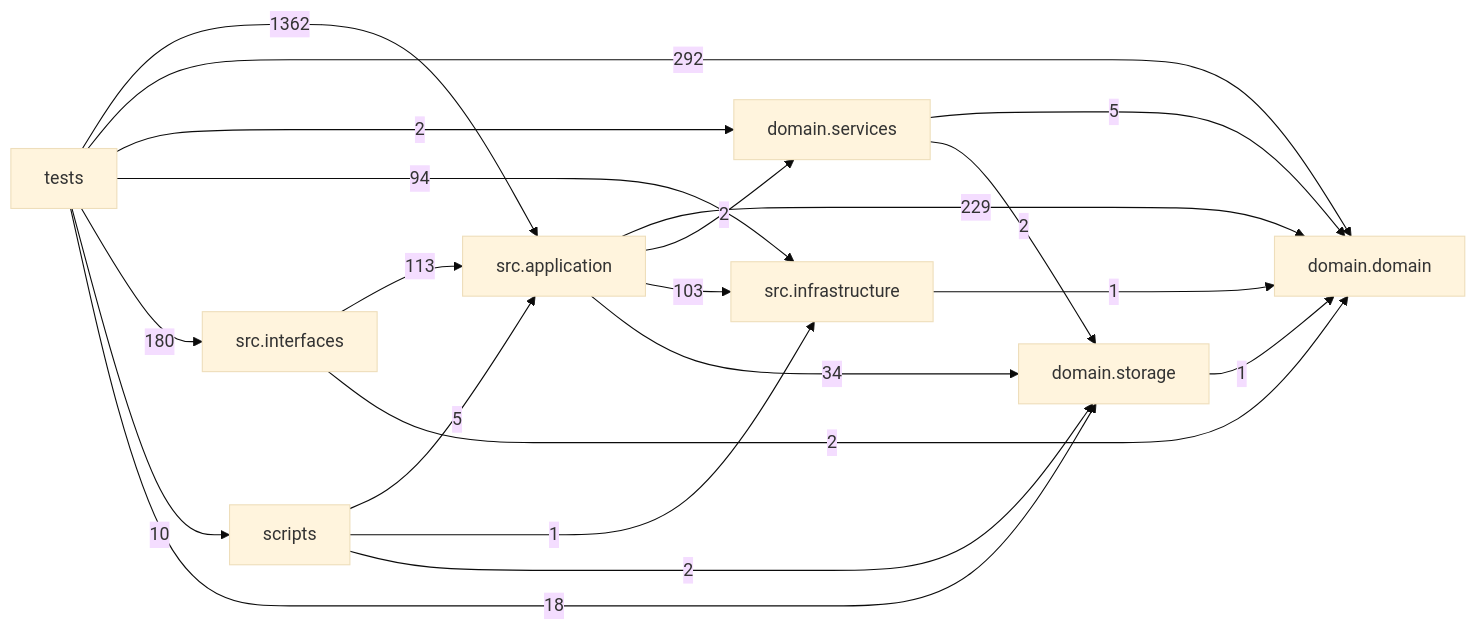
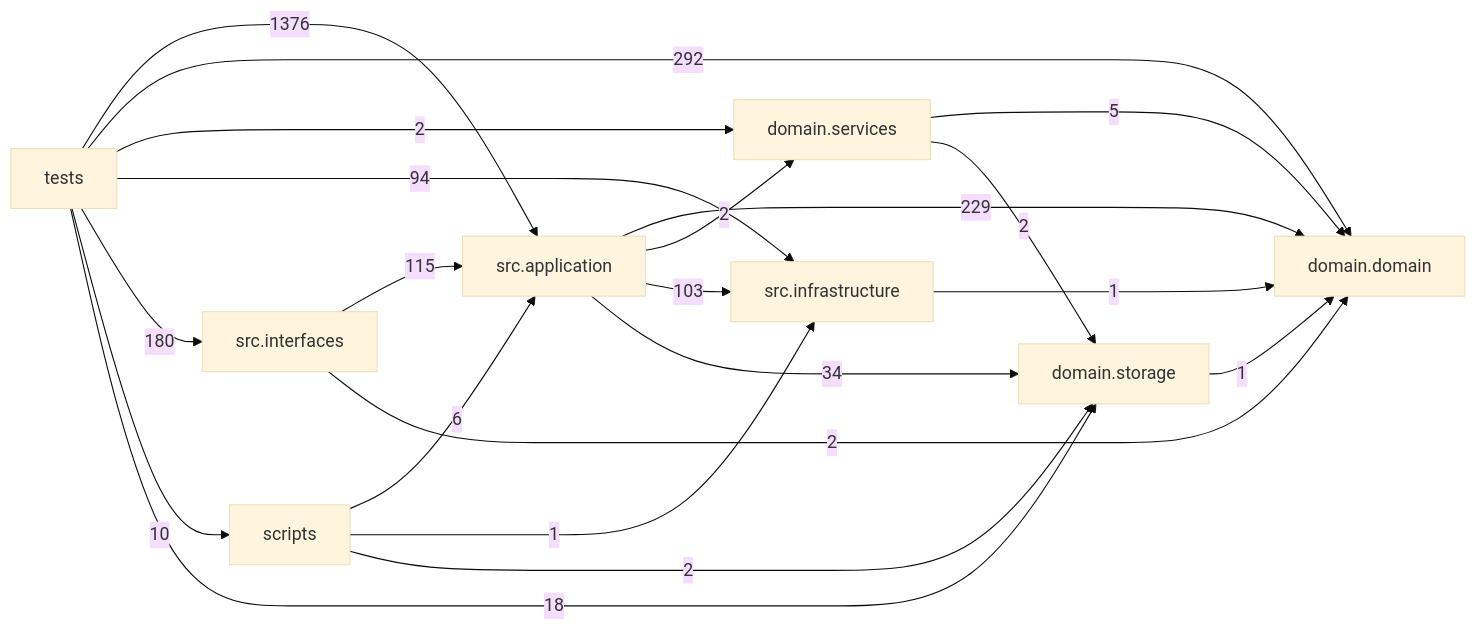
One commit to liuxie066/options-monitor changed the diagram in docs/DEPENDENCY_GRAPH.md. Above: the diagram before and after it, drawn with Mermaid (base theme). The commit also changed other lines of this file and 34 other files, not shown here.

````diff
--- a/docs/DEPENDENCY_GRAPH.md
+++ b/docs/DEPENDENCY_GRAPH.md
@@ -24,31 +24,31 @@
 ```mermaid
 flowchart LR
   tests["tests"]
   scripts["scripts"]
   interfaces["src.interfaces"]
   application["src.application"]
   infrastructure["src.infrastructure"]
   domain_services["domain.services"]
   domain["domain.domain"]
   storage["domain.storage"]
   application -->|229| domain
   application -->|2| domain_services
   application -->|103| infrastructure
   application -->|34| storage
   domain_services -->|5| domain
   domain_services -->|2| storage
   infrastructure -->|1| domain
-  interfaces -->|113| application
+  interfaces -->|115| application
   interfaces -->|2| domain
-  scripts -->|5| application
+  scripts -->|6| application
   scripts -->|1| infrastructure
   scripts -->|2| storage
   storage -->|1| domain
-  tests -->|1362| application
+  tests -->|1376| application
   tests -->|292| domain
   tests -->|2| domain_services
   tests -->|94| infrastructure
   tests -->|180| interfaces
   tests -->|10| scripts
   tests -->|18| storage
 ```
````
